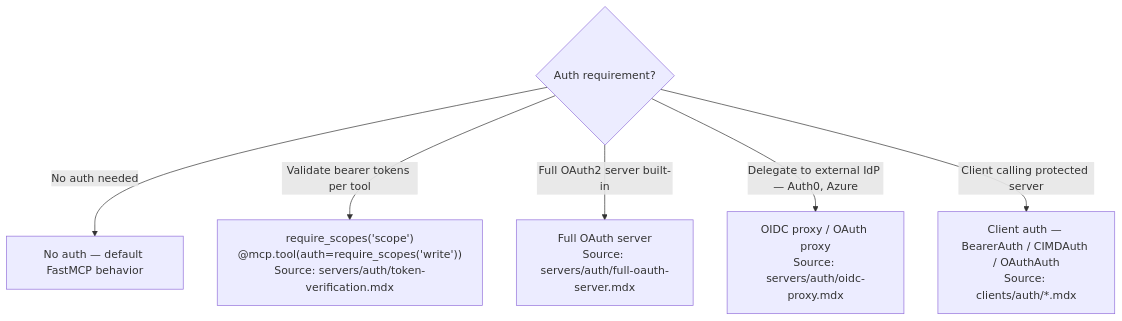
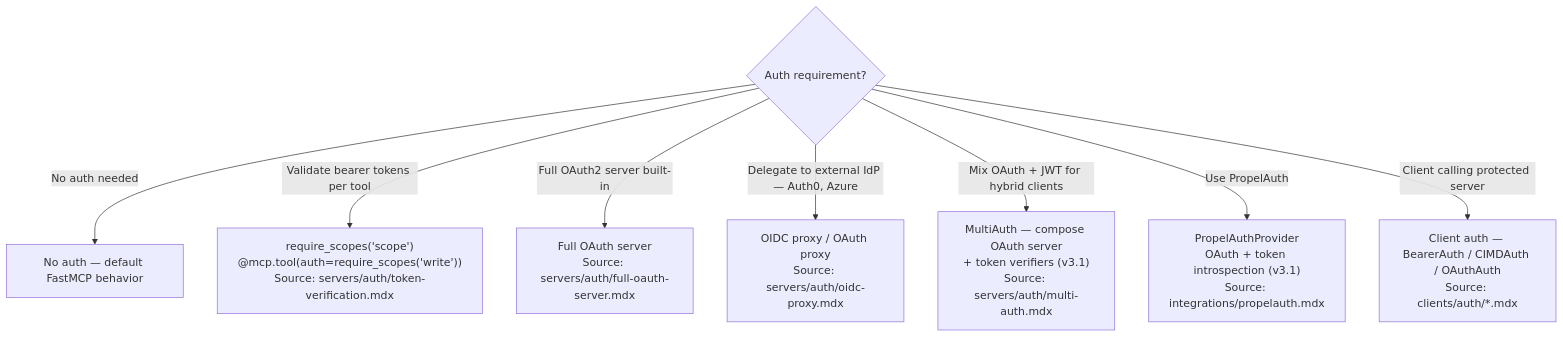
Before and after one commit to chgreer1070/claude_skills: the third of 3 diagrams in plugins/fastmcp-creator/skills/fastmcp-creator/SKILL.md, drawn with Mermaid. The commit also changed other lines of this file and 20 other files, not shown here.

````diff
--- a/plugins/fastmcp-creator/skills/fastmcp-creator/SKILL.md
+++ b/plugins/fastmcp-creator/skills/fastmcp-creator/SKILL.md
@@ -75,9 +82,11 @@
 ```mermaid
 flowchart TD
     Q1{Auth requirement?}
     Q1 -->|No auth needed| NA["No auth — default FastMCP behavior"]
     Q1 -->|Validate bearer tokens per tool| RS["require_scopes('scope')<br>@mcp.tool(auth=require_scopes('write'))<br>Source: servers/auth/token-verification.mdx"]
     Q1 -->|Full OAuth2 server built-in| FO["Full OAuth server<br>Source: servers/auth/full-oauth-server.mdx"]
     Q1 -->|Delegate to external IdP — Auth0, Azure| OP["OIDC proxy / OAuth proxy<br>Source: servers/auth/oidc-proxy.mdx"]
+    Q1 -->|Mix OAuth + JWT for hybrid clients| MA["MultiAuth — compose OAuth server<br>+ token verifiers (v3.1)<br>Source: servers/auth/multi-auth.mdx"]
+    Q1 -->|Use PropelAuth| PA["PropelAuthProvider<br>OAuth + token introspection (v3.1)<br>Source: integrations/propelauth.mdx"]
     Q1 -->|Client calling protected server| CA["Client auth — BearerAuth / CIMDAuth / OAuthAuth<br>Source: clients/auth/*.mdx"]
 ```
````
